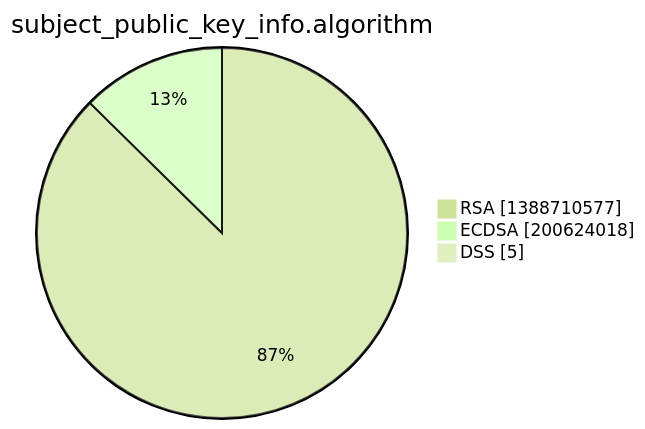
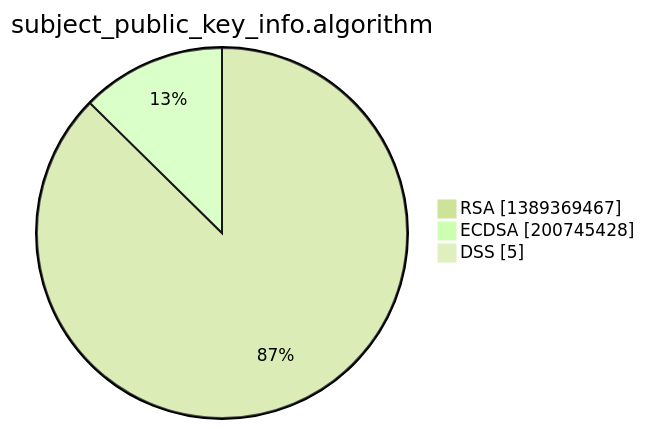
The third of 15 diagrams in xenon2022/README.md (christiankrug/ctmonitor_visualization), drawn with Mermaid (forest theme) before and after one commit. The commit also changed other lines of this file, not shown here.

````diff
--- a/xenon2022/README.md
+++ b/xenon2022/README.md
@@ -14,7 +14,7 @@
 ```mermaid
 pie showData
 title subject_public_key_info.algorithm
-"RSA" :1388710577
-"ECDSA" :200624018
+"RSA" :1389369467
+"ECDSA" :200745428
 "DSS" :5
 ```
````
